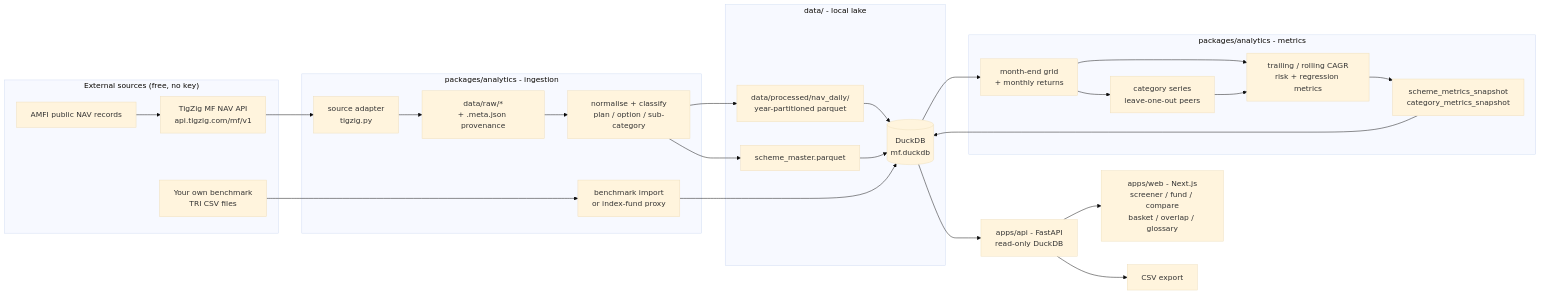
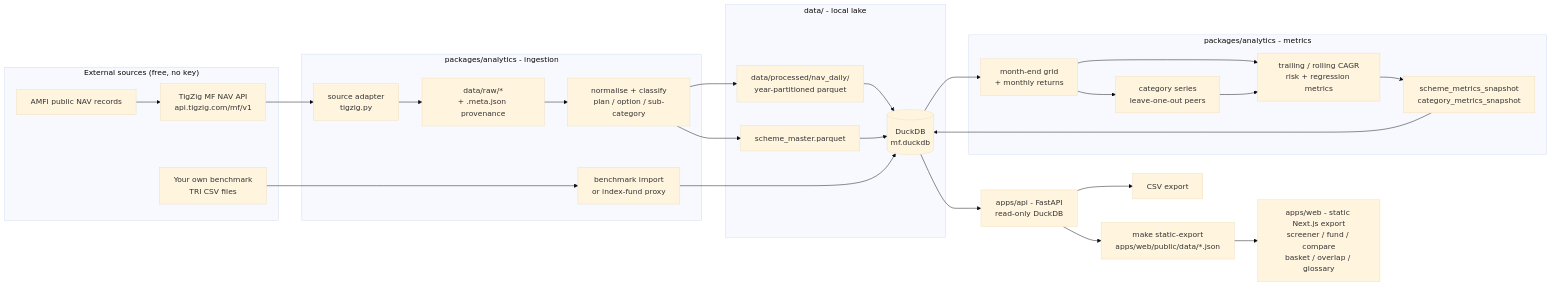
One commit to manyxlabs/mf-screener changed the diagram in README.md. Above: the diagram before and after it, drawn with Mermaid (base theme). The commit also changed other lines of this file and 40 other files, not shown here.

First line of the commit message:
Publish the web app as a static site with no server

````diff
--- a/README.md
+++ b/README.md
@@ -19,35 +20,36 @@
 ```mermaid
 flowchart LR
   subgraph Sources["External sources (free, no key)"]
     A["AMFI public NAV records"] --> B["TigZig MF NAV API<br/>api.tigzig.com/mf/v1"]
     C["Your own benchmark<br/>TRI CSV files"]
   end
 
   subgraph Ingest["packages/analytics - ingestion"]
     B --> D["source adapter<br/>tigzig.py"]
     D --> E["data/raw/*<br/>+ .meta.json provenance"]
     E --> F["normalise + classify<br/>plan / option / sub-category"]
     C --> G["benchmark import<br/>or index-fund proxy"]
   end
 
   subgraph Store["data/ - local lake"]
     F --> H["data/processed/nav_daily/<br/>year-partitioned parquet"]
     F --> I["scheme_master.parquet"]
     H --> J[("DuckDB<br/>mf.duckdb")]
     I --> J
     G --> J
   end
 
   subgraph Analytics["packages/analytics - metrics"]
     J --> K["month-end grid<br/>+ monthly returns"]
     K --> L["category series<br/>leave-one-out peers"]
     K --> N["trailing / rolling CAGR<br/>risk + regression metrics"]
     L --> N
     N --> O["scheme_metrics_snapshot<br/>category_metrics_snapshot"]
     O --> J
   end
 
   J --> P["apps/api - FastAPI<br/>read-only DuckDB"]
-  P --> Q["apps/web - Next.js<br/>screener / fund / compare<br/>basket / overlap / glossary"]
+  P --> S["make static-export<br/>apps/web/public/data/*.json"]
+  S --> Q["apps/web - static Next.js export<br/>screener / fund / compare<br/>basket / overlap / glossary"]
   P --> R["CSV export"]
 ```
````
